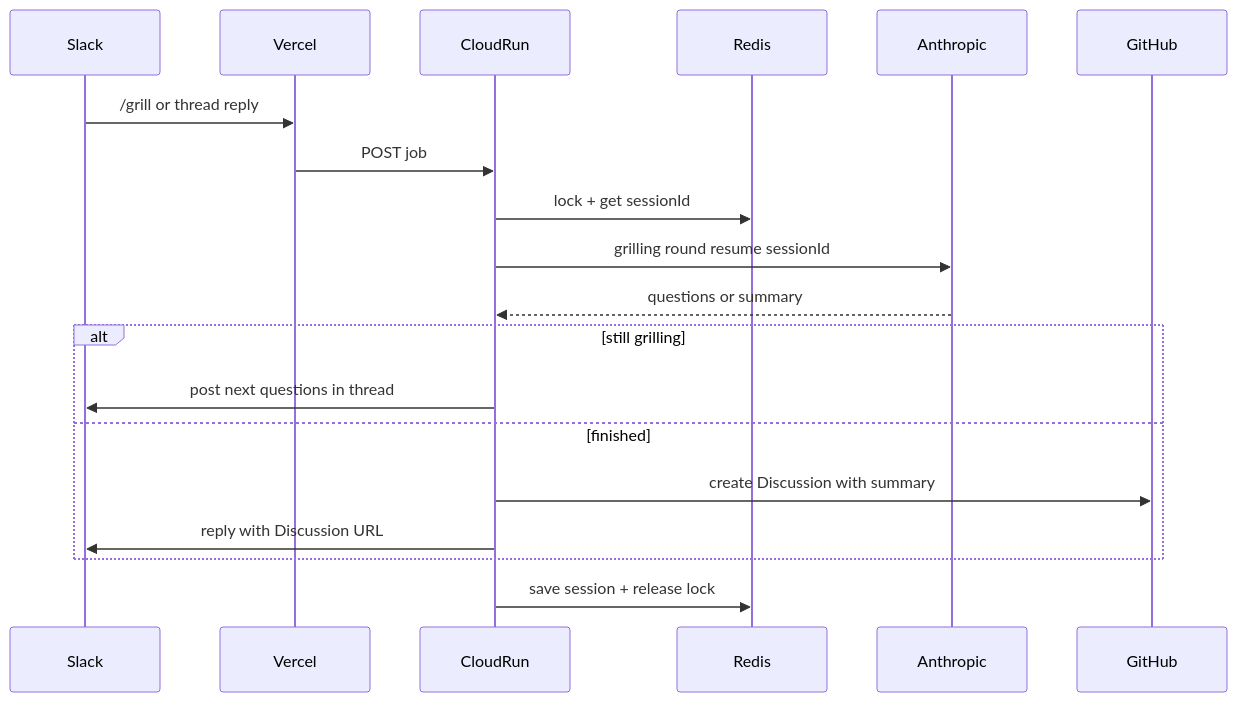
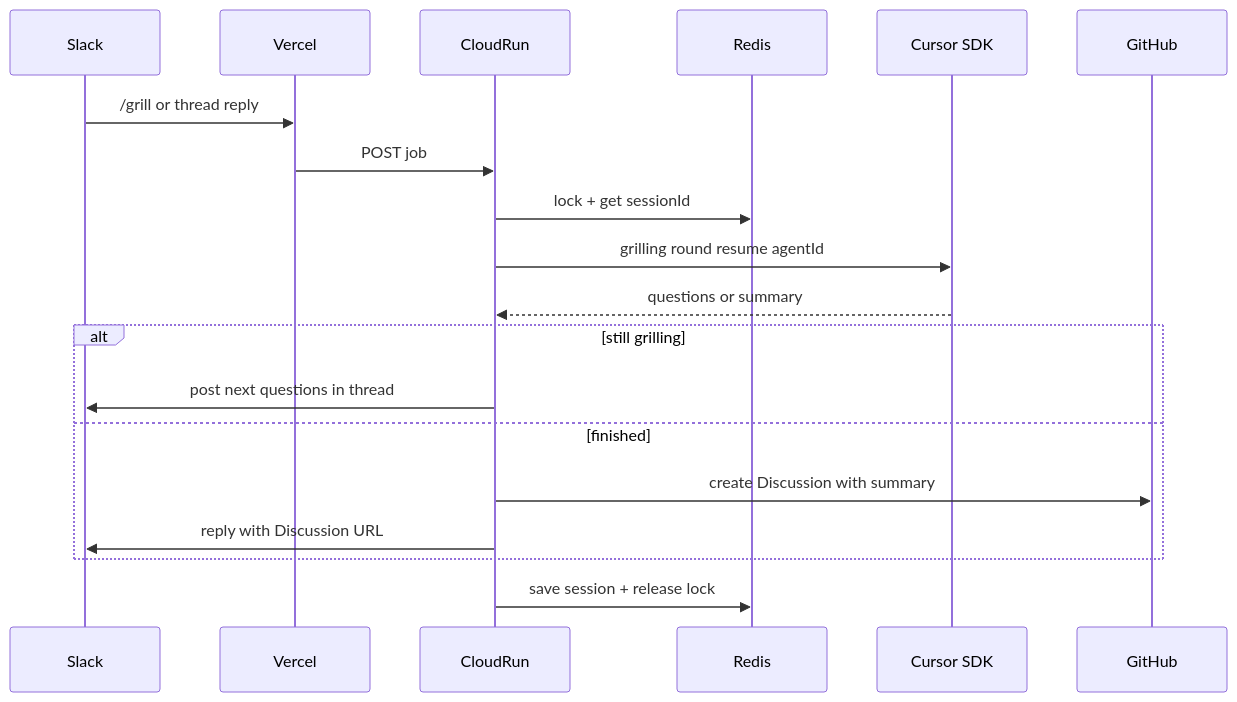
One commit to tentaShiratori/slack-ai-agent changed the fourth of 5 diagrams in docs/architecture.md. Above: the diagram before and after it, drawn with Mermaid. The commit also changed other lines of this file and 12 other files, not shown here.

````diff
--- a/docs/architecture.md
+++ b/docs/architecture.md
@@ -122,22 +122,22 @@
 ```mermaid
 sequenceDiagram
   participant Slack
   participant Vercel
   participant Run as CloudRun
   participant Redis
-  participant Claude as Anthropic
+  participant Cursor as Cursor SDK
   participant GH as GitHub
 
   Slack->>Vercel: /grill or thread reply
   Vercel->>Run: POST job
   Run->>Redis: lock + get sessionId
-  Run->>Claude: grilling round resume sessionId
-  Claude-->>Run: questions or summary
+  Run->>Cursor: grilling round resume agentId
+  Cursor-->>Run: questions or summary
   alt still grilling
     Run->>Slack: post next questions in thread
   else finished
     Run->>GH: create Discussion with summary
     Run->>Slack: reply with Discussion URL
   end
   Run->>Redis: save session + release lock
 ```
````
